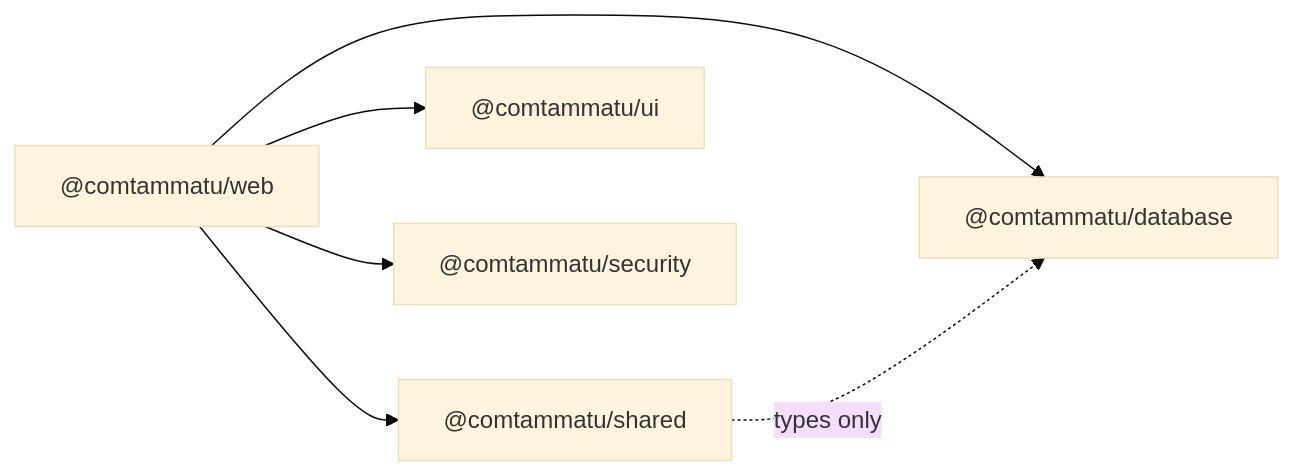
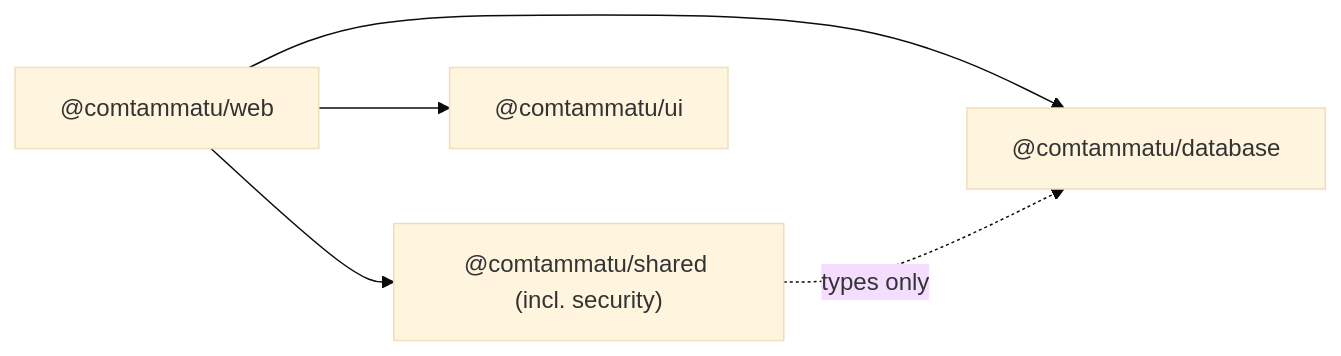
The fifth of 6 diagrams in docs/CODEBASE_MAP.md (comtammatu/comtammatu), drawn with Mermaid (base theme) before and after one commit. The commit also changed other lines of this file and 32 other files, not shown here.

````diff
--- a/docs/CODEBASE_MAP.md
+++ b/docs/CODEBASE_MAP.md
@@ -166,14 +167,12 @@
 ```mermaid
 graph LR
     web["@comtammatu/web"]
-    shared["@comtammatu/shared"]
+    shared["@comtammatu/shared (incl. security)"]
     db["@comtammatu/database"]
     ui["@comtammatu/ui"]
-    sec["@comtammatu/security"]
 
     web --> shared
     web --> db
     web --> ui
-    web --> sec
     shared -.->|types only| db
 ```
````
